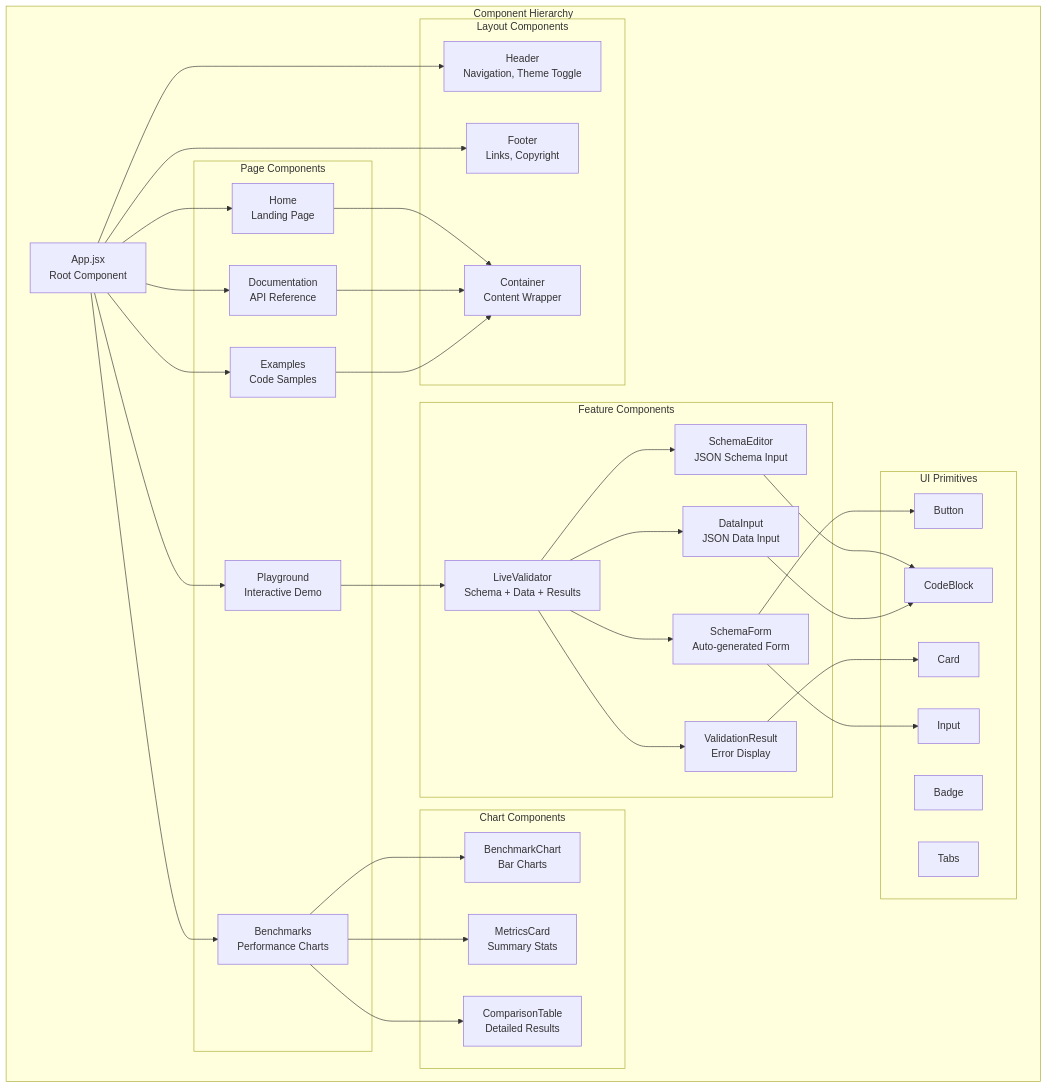
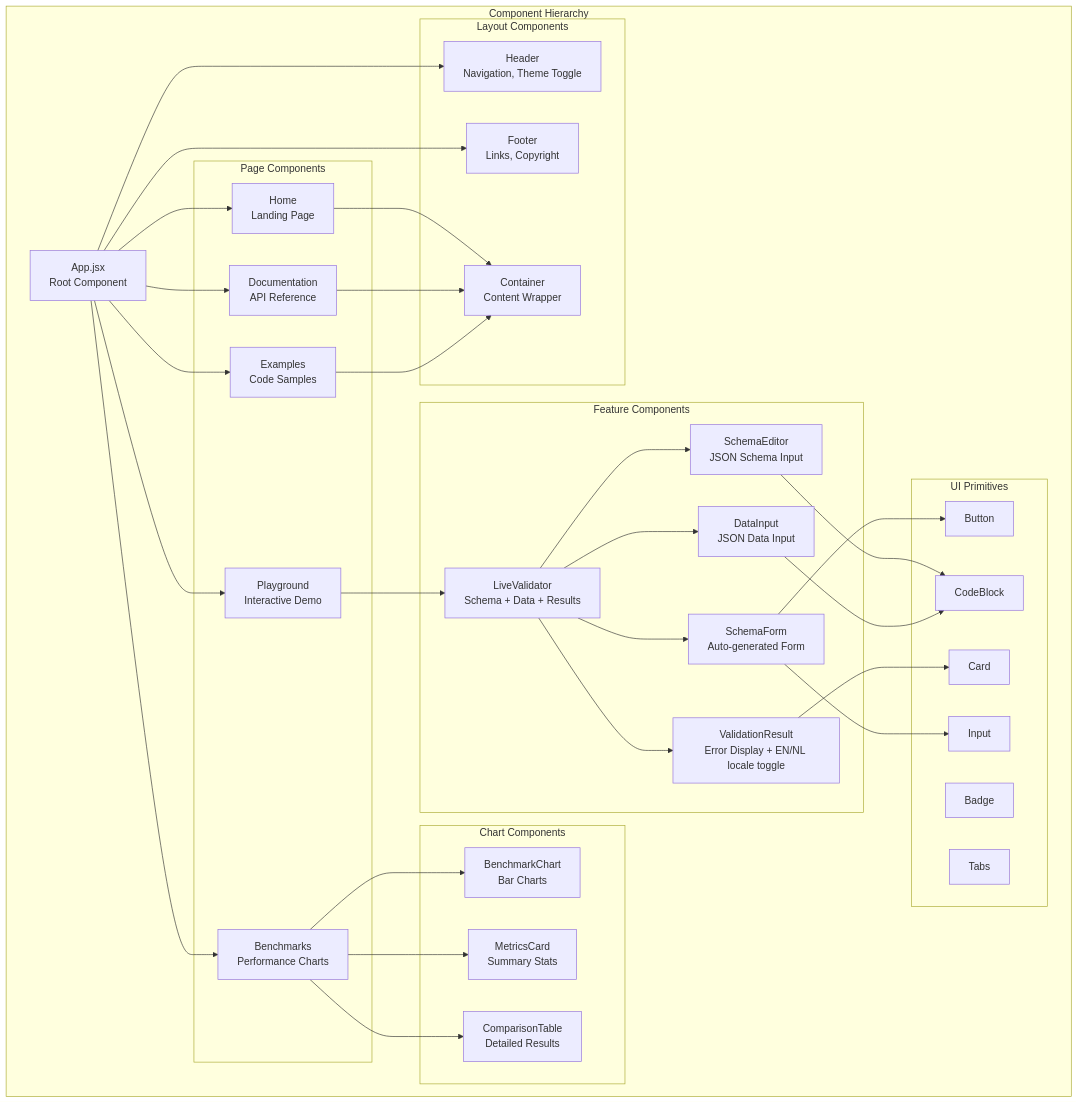
One commit to jklarenbeek/jarenjs changed the second of 9 diagrams in packages/website/ARCHITECTURE.md. Above: the diagram before and after it, drawn with Mermaid. The commit also changed 43 other files, not shown here.

````diff
--- a/packages/website/ARCHITECTURE.md
+++ b/packages/website/ARCHITECTURE.md
@@ -103,71 +103,71 @@
 ```mermaid
 graph TB
     subgraph "Component Hierarchy"
         App["App.jsx<br/>Root Component"]
 
         subgraph "Layout Components"
             Header["Header<br/>Navigation, Theme Toggle"]
             Footer["Footer<br/>Links, Copyright"]
             Container["Container<br/>Content Wrapper"]
         end
 
         subgraph "Page Components"
             Home["Home<br/>Landing Page"]
             Playground["Playground<br/>Interactive Demo"]
             Benchmarks["Benchmarks<br/>Performance Charts"]
             Docs["Documentation<br/>API Reference"]
             Examples["Examples<br/>Code Samples"]
         end
 
         subgraph "Feature Components"
             LiveValidator["LiveValidator<br/>Schema + Data + Results"]
             SchemaEditor["SchemaEditor<br/>JSON Schema Input"]
             DataInput["DataInput<br/>JSON Data Input"]
-            ValidationResult["ValidationResult<br/>Error Display"]
+            ValidationResult["ValidationResult<br/>Error Display + EN/NL locale toggle"]
             SchemaForm["SchemaForm<br/>Auto-generated Form"]
         end
 
         subgraph "Chart Components"
             BenchmarkChart["BenchmarkChart<br/>Bar Charts"]
             MetricsCard["MetricsCard<br/>Summary Stats"]
             ComparisonTable["ComparisonTable<br/>Detailed Results"]
         end
 
         subgraph "UI Primitives"
             Button["Button"]
             Card["Card"]
             Input["Input"]
             Badge["Badge"]
             CodeBlock["CodeBlock"]
             Tabs["Tabs"]
         end
     end
 
     App --> Header
     App --> Footer
     App --> Home
     App --> Playground
     App --> Benchmarks
     App --> Docs
     App --> Examples
 
     Playground --> LiveValidator
     LiveValidator --> SchemaEditor
     LiveValidator --> DataInput
     LiveValidator --> ValidationResult
     LiveValidator --> SchemaForm
 
     Benchmarks --> BenchmarkChart
     Benchmarks --> MetricsCard
     Benchmarks --> ComparisonTable
 
     SchemaEditor --> CodeBlock
     DataInput --> CodeBlock
     ValidationResult --> Card
     SchemaForm --> Input
     SchemaForm --> Button
 
     Home --> Container
     Docs --> Container
     Examples --> Container
 ```
````
